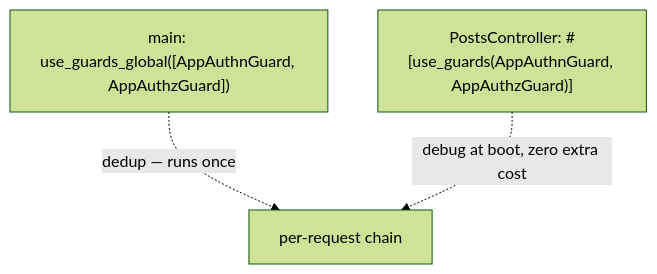
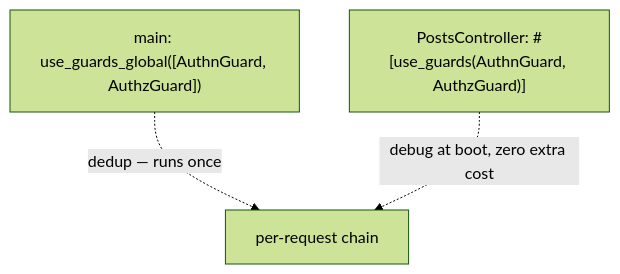
One commit to YV17labs/NestRS changed the fourth of 4 diagrams in docs/src/content/docs/fundamentals/guards.mdx. Above: the diagram before and after it, drawn with Mermaid (forest theme). The commit also changed other lines of this file and 60 other files, not shown here.

````diff
--- a/docs/src/content/docs/fundamentals/guards.mdx
+++ b/docs/src/content/docs/fundamentals/guards.mdx
@@ -373,7 +377,7 @@
 ```mermaid
 flowchart TB
-  MAIN["main: use_guards_global([AppAuthnGuard, AppAuthzGuard])"]
-  PC["PostsController: #[use_guards(AppAuthnGuard, AppAuthzGuard)]"]
+  MAIN["main: use_guards_global([AuthnGuard, AuthzGuard])"]
+  PC["PostsController: #[use_guards(AuthnGuard, AuthzGuard)]"]
   MAIN -. "dedup — runs once" .-> RUN[per-request chain]
   PC -. "debug at boot, zero extra cost" .-> RUN
 ```
````
